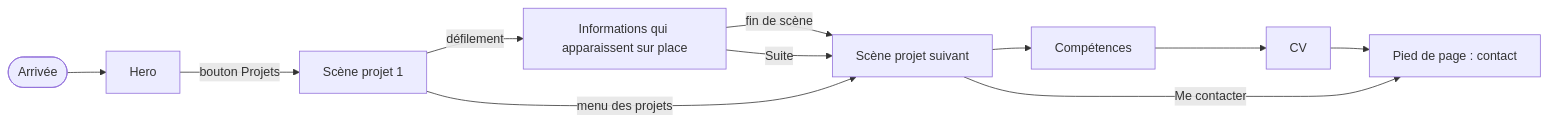
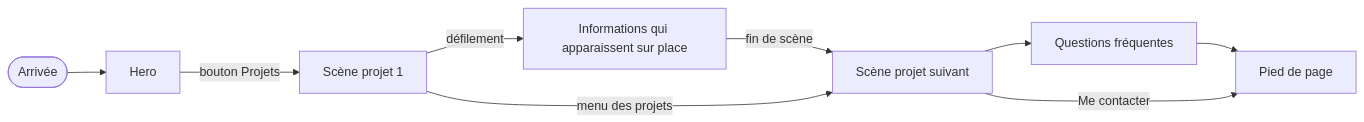
The second of 6 diagrams in docs/APP-FLOW.md (Korrighed/portfolio), drawn with Mermaid before and after one commit. The commit also changed other lines of this file and 28 other files, not shown here.

````diff
--- a/docs/APP-FLOW.md
+++ b/docs/APP-FLOW.md
@@ -38,13 +38,11 @@
 ```mermaid
 flowchart LR
   A([Arrivée]) --> B["Hero"]
   B -->|bouton Projets| C["Scène projet 1"]
   C -->|défilement| D["Informations qui apparaissent sur place"]
   D -->|fin de scène| E["Scène projet suivant"]
-  E --> F["Compétences"]
-  F --> G["CV"]
-  G --> H["Pied de page : contact"]
+  E --> F["Questions fréquentes"]
+  F --> H["Pied de page"]
   C -->|menu des projets| E
-  D -->|Suite| E
   E -->|Me contacter| H
 ```
````
